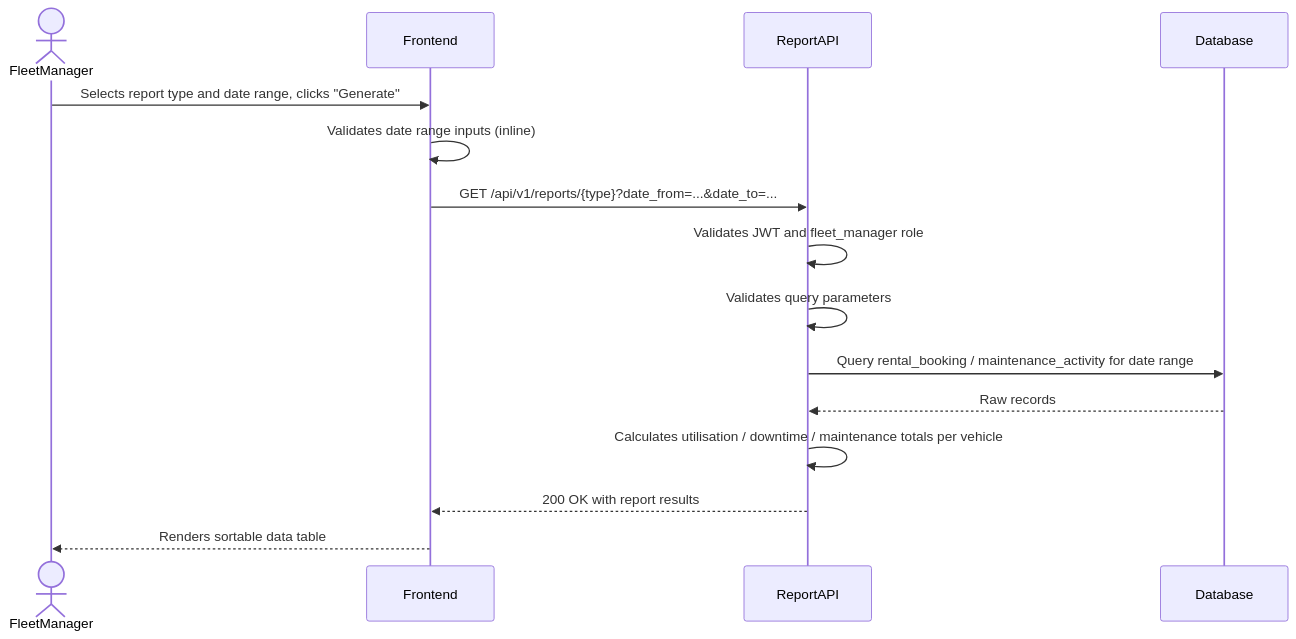
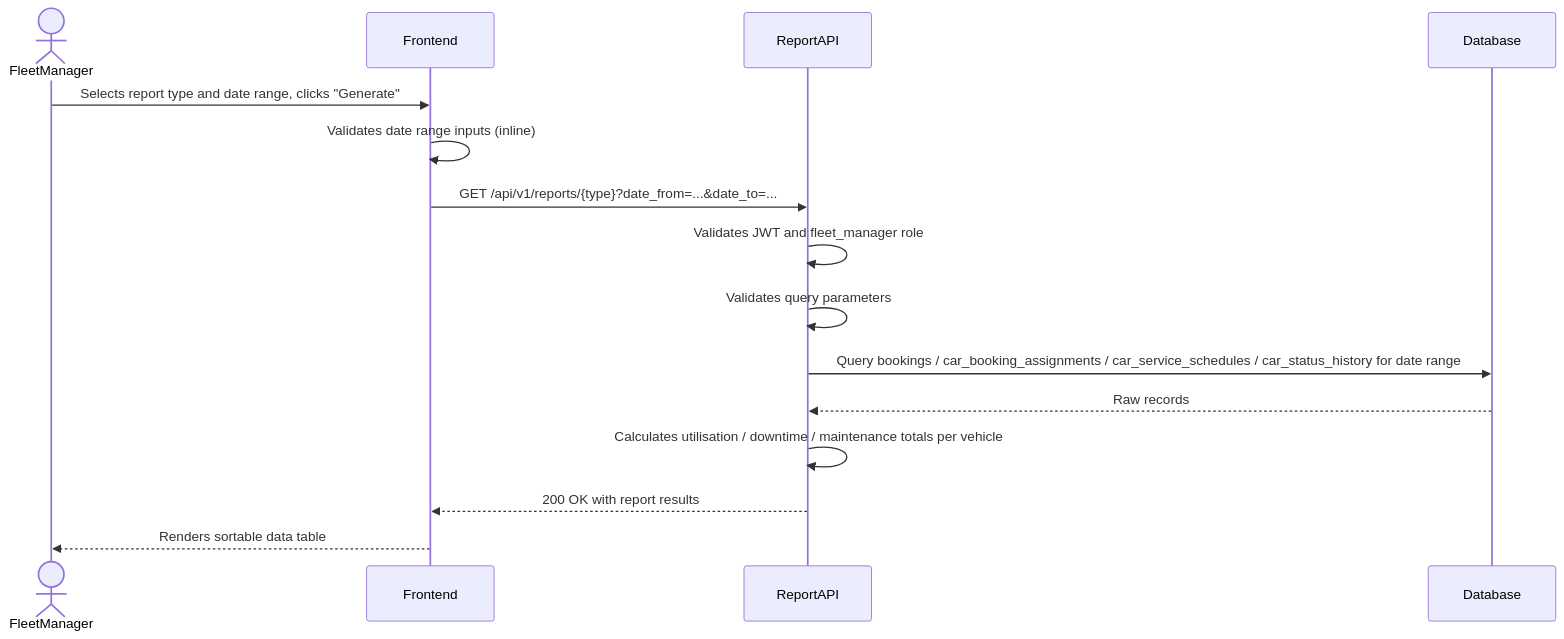
Before and after one commit to RavishankarDuMCA10/ai-sdlc: the first of 2 diagrams in docs/trd/trd-car-management-fleet-utilisation-maintenance-reports.md, drawn with Mermaid. The commit also changed other lines of this file and 1 other file, not shown here.

Commit message:
Align database design with consolidated Car Management schema (use car_service_schedules, bookings, cars, users table names)

````diff
--- a/docs/trd/trd-car-management-fleet-utilisation-maintenance-reports.md
+++ b/docs/trd/trd-car-management-fleet-utilisation-maintenance-reports.md
@@ -369,19 +374,19 @@
 ```mermaid
 sequenceDiagram
     actor FleetManager
     participant Frontend
     participant ReportAPI
     participant Database
 
     FleetManager->>Frontend: Selects report type and date range, clicks "Generate"
 
     Frontend->>Frontend: Validates date range inputs (inline)
     Frontend->>ReportAPI: GET /api/v1/reports/{type}?date_from=...&date_to=...
     ReportAPI->>ReportAPI: Validates JWT and fleet_manager role
     ReportAPI->>ReportAPI: Validates query parameters
-    ReportAPI->>Database: Query rental_booking / maintenance_activity for date range
+    ReportAPI->>Database: Query bookings / car_booking_assignments / car_service_schedules / car_status_history for date range
     Database-->>ReportAPI: Raw records
     ReportAPI->>ReportAPI: Calculates utilisation / downtime / maintenance totals per vehicle
     ReportAPI-->>Frontend: 200 OK with report results
     Frontend-->>FleetManager: Renders sortable data table
 ```
````
